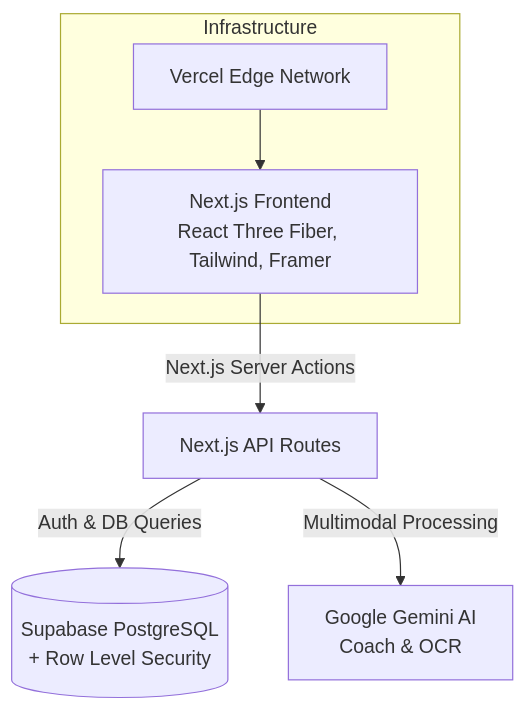
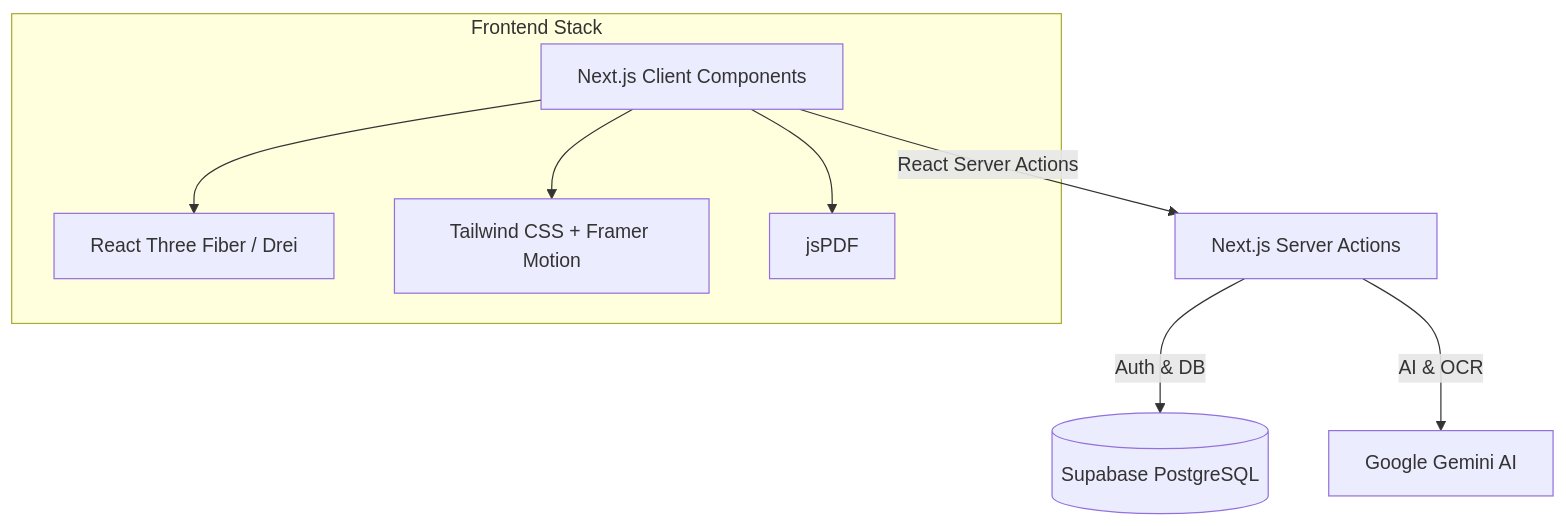
The first of 3 diagrams in carbonwise/README.md (Yashraj2050/Trace), drawn with Mermaid before and after one commit. The commit also changed other lines of this file and 2 other files, not shown here.

````diff
--- a/carbonwise/README.md
+++ b/carbonwise/README.md
@@ -73,11 +63,12 @@
 ```mermaid
 graph TD
-    Client[Next.js Frontend\nReact Three Fiber, Tailwind, Framer] -->|Next.js Server Actions| Server[Next.js API Routes]
+    Client[Next.js Client Components] -->|React Server Actions| API[Next.js Server Actions]
+    API -->|Auth & DB| Supabase[(Supabase PostgreSQL)]
+    API -->|AI & OCR| Gemini[Google Gemini AI]
     
-    Server -->|Auth & DB Queries| Supabase[(Supabase PostgreSQL\n+ Row Level Security)]
-    Server -->|Multimodal Processing| Gemini[Google Gemini AI\nCoach & OCR]
-    
-    subgraph Infrastructure
-    Vercel[Vercel Edge Network] --> Client
+    subgraph Frontend Stack
+    Client --> R3F[React Three Fiber / Drei]
+    Client --> TW[Tailwind CSS + Framer Motion]
+    Client --> JS[jsPDF]
     end
 ```
````
